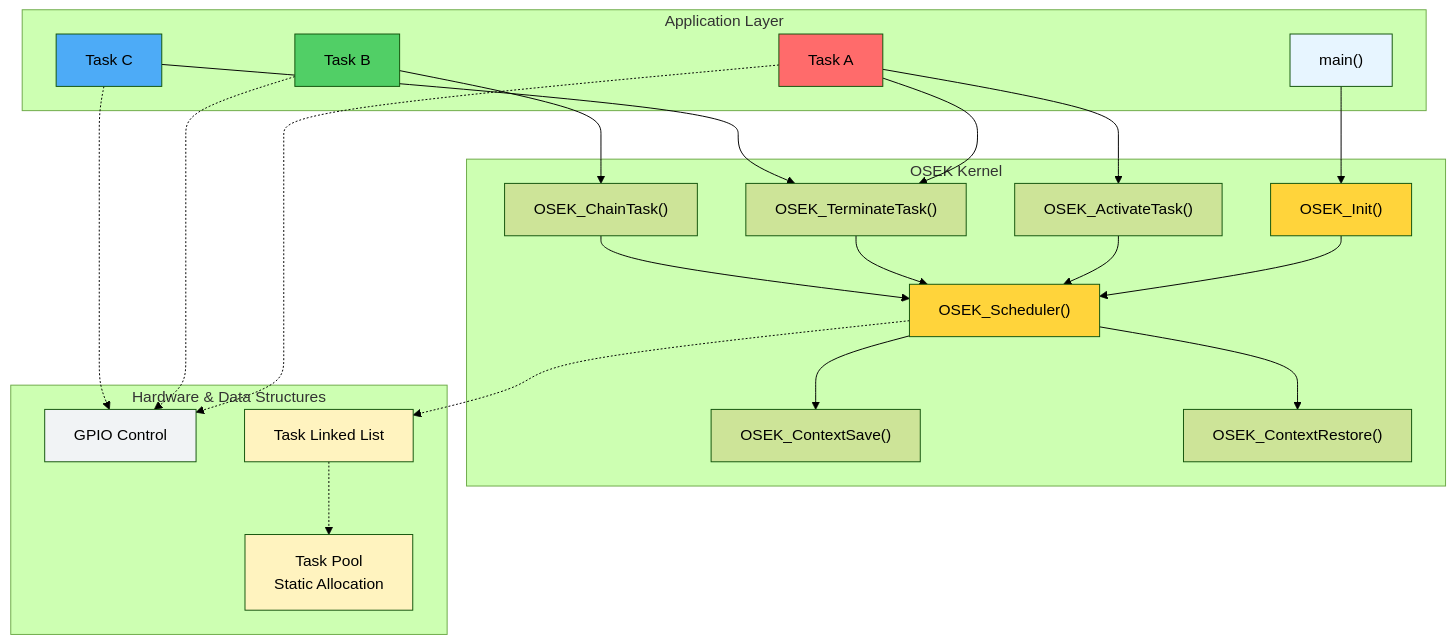
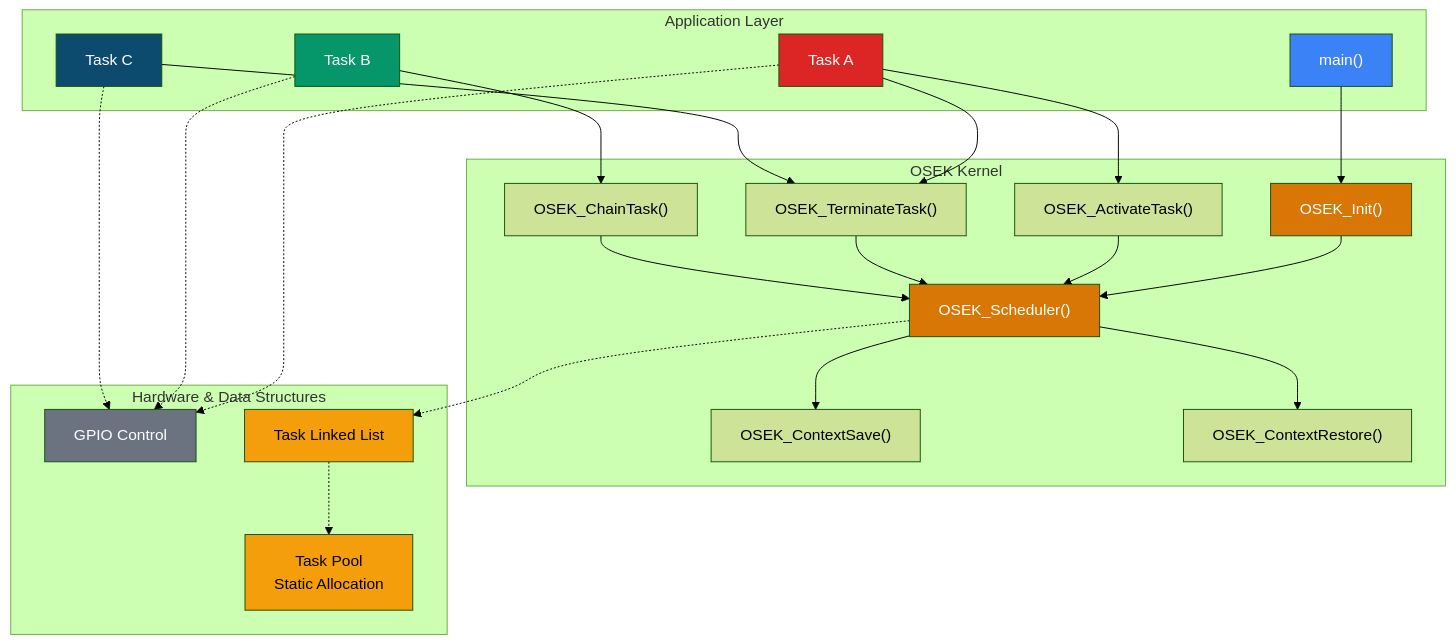
The fifth of 7 diagrams in README.md (ivansigala/OSEK), drawn with Mermaid (forest theme) before and after one commit. The commit also changed other lines of this file, not shown here.

````diff
--- a/README.md
+++ b/README.md
@@ -152,54 +152,54 @@
 ```mermaid
 graph TD
     subgraph "Application Layer"
         APP["main()"]
         TASKA["Task A"]
         TASKB["Task B"]
         TASKC["Task C"]
     end
     
     subgraph "OSEK Kernel"
         INIT["OSEK_Init()"]
         SCHED["OSEK_Scheduler()"]
         CTXSAVE["OSEK_ContextSave()"]
         CTXREST["OSEK_ContextRestore()"]
         ACTIVATE["OSEK_ActivateTask()"]
         TERMINATE["OSEK_TerminateTask()"]
         CHAIN["OSEK_ChainTask()"]
     end
     
     subgraph "Hardware & Data Structures"
         GPIO["GPIO Control"]
         POOL["Task Pool<br/>Static Allocation"]
         QUEUE["Task Linked List"]
     end
     
     APP --> INIT
     TASKA --> TERMINATE
     TASKA --> ACTIVATE
     TASKB --> CHAIN
     TASKC --> TERMINATE
     
     INIT --> SCHED
     SCHED --> CTXSAVE
     SCHED --> CTXREST
     ACTIVATE --> SCHED
     TERMINATE --> SCHED
     CHAIN --> SCHED
     
     SCHED -.-> QUEUE
     QUEUE -.-> POOL
     TASKA -.-> GPIO
     TASKB -.-> GPIO
     TASKC -.-> GPIO
     
-    style APP fill:#e7f5ff
-    style TASKA fill:#ff6b6b
-    style TASKB fill:#51cf66
-    style TASKC fill:#4dabf7
-    style INIT fill:#ffd43b
-    style SCHED fill:#ffd43b
-    style GPIO fill:#f1f3f5
-    style POOL fill:#fff3bf
-    style QUEUE fill:#fff3bf
+    style APP fill:#3b82f6,color:#fff
+    style TASKA fill:#dc2626,color:#fff
+    style TASKB fill:#059669,color:#fff
+    style TASKC fill:#0c4a6e,color:#fff
+    style INIT fill:#d97706,color:#fff
+    style SCHED fill:#d97706,color:#fff
+    style GPIO fill:#6b7280,color:#fff
+    style POOL fill:#f59e0b,color:#000
+    style QUEUE fill:#f59e0b,color:#000
 ```
````
